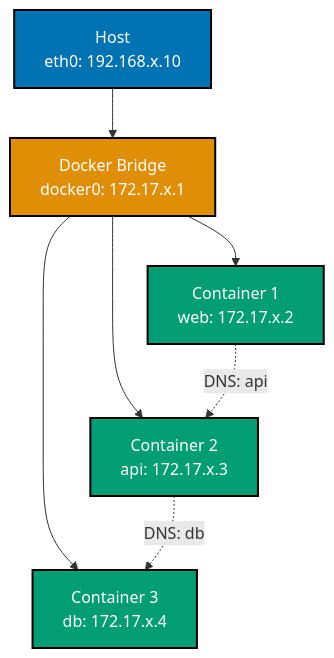
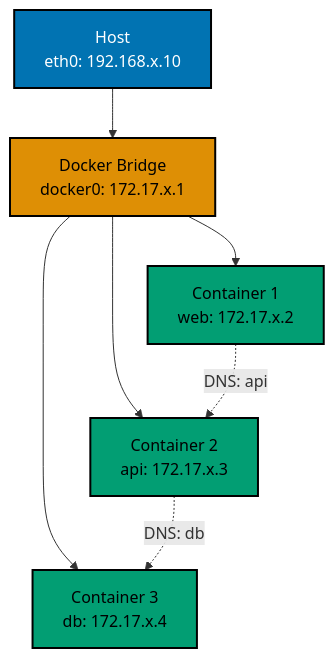
The seventh of 8 diagrams in apps/ayokoding-www/content/en/learn/legacy/software-engineering/infrastructure/tools/docker/by-example/beginner.md (wahidyankf/ose-public), drawn with Mermaid before and after one commit. The commit also changed other lines of this file and 131 other files, not shown here.

First line of the commit message:
fix(mermaid): bring the legacy data, infrastructure, and testing diagrams onto the accessible palette

````diff
--- a/apps/ayokoding-www/content/en/learn/legacy/software-engineering/infrastructure/tools/docker/by-example/beginner.md
+++ b/apps/ayokoding-www/content/en/learn/legacy/software-engineering/infrastructure/tools/docker/by-example/beginner.md
@@ -1278,17 +1314,23 @@
 ```mermaid
 %% Color Palette: Blue #0173B2, Orange #DE8F05, Teal #029E73, Purple #CC78BC, Brown #CA9161
 %% Bridge network topology
 graph TD
+ accTitle: Example 16: Bridge Network Basics
+ accDescr: Graph with 5 nodes and 6 connections. Nodes: Host eth0: 192.168.x.10, Docker Bridge docker0: 172.17.x.1, Container 1 web: 172.17.x.2, Container 2 api: 172.17.x.3, Container 3 db: 172.17.x.4. Connections: Host eth0: 192.168.x.10 to Docker Bridge docker0: 172.17.x.1, Docker Bridge docker0: 172.17.x.1 to Container 1 web: 172.17.x.2, Docker Bridge docker0: 172.17.x.1 to Container 2 api: 172.17.x.3, Docker Bridge docker0: 172.17.x.1 to Container 3 db: 172.17.x.4, Container 1 web: 172.17.x.2 to Container 2 api: 172.17.x.3 (DNS: api), Container 2 api: 172.17.x.3 to Container 3 db: 172.17.x.4 (DNS: db).
  A["Host<br/>eth0: 192.168.x.10"] --> B["Docker Bridge<br/>docker0: 172.17.x.1"]
  B --> C["Container 1<br/>web: 172.17.x.2"]
  B --> D["Container 2<br/>api: 172.17.x.3"]
  B --> E["Container 3<br/>db: 172.17.x.4"]
  C -.->|"DNS: api"| D
  D -.->|"DNS: db"| E
 
- style A fill:#0173B2,stroke:#000000,stroke-width:2px,color:#fff
- style B fill:#DE8F05,stroke:#000000,stroke-width:2px,color:#fff
- style C fill:#029E73,stroke:#000000,stroke-width:2px,color:#fff
- style D fill:#029E73,stroke:#000000,stroke-width:2px,color:#fff
- style E fill:#029E73,stroke:#000000,stroke-width:2px,color:#fff
+ classDef pal-0173B2 fill:#0173B2,stroke:#000000,color:#FFFFFF,stroke-width:2px
+ class A pal-0173B2
+ classDef pal-DE8F05 fill:#DE8F05,stroke:#000000,color:#000000,stroke-width:2px
+ class B pal-DE8F05
+ classDef pal-029E73 fill:#029E73,stroke:#000000,color:#000000,stroke-width:2px
+ class C pal-029E73
+ class D pal-029E73
+ class E pal-029E73
+ classDef default fill:#FFFFFF,stroke:#000000,color:#000000
 ```
````
